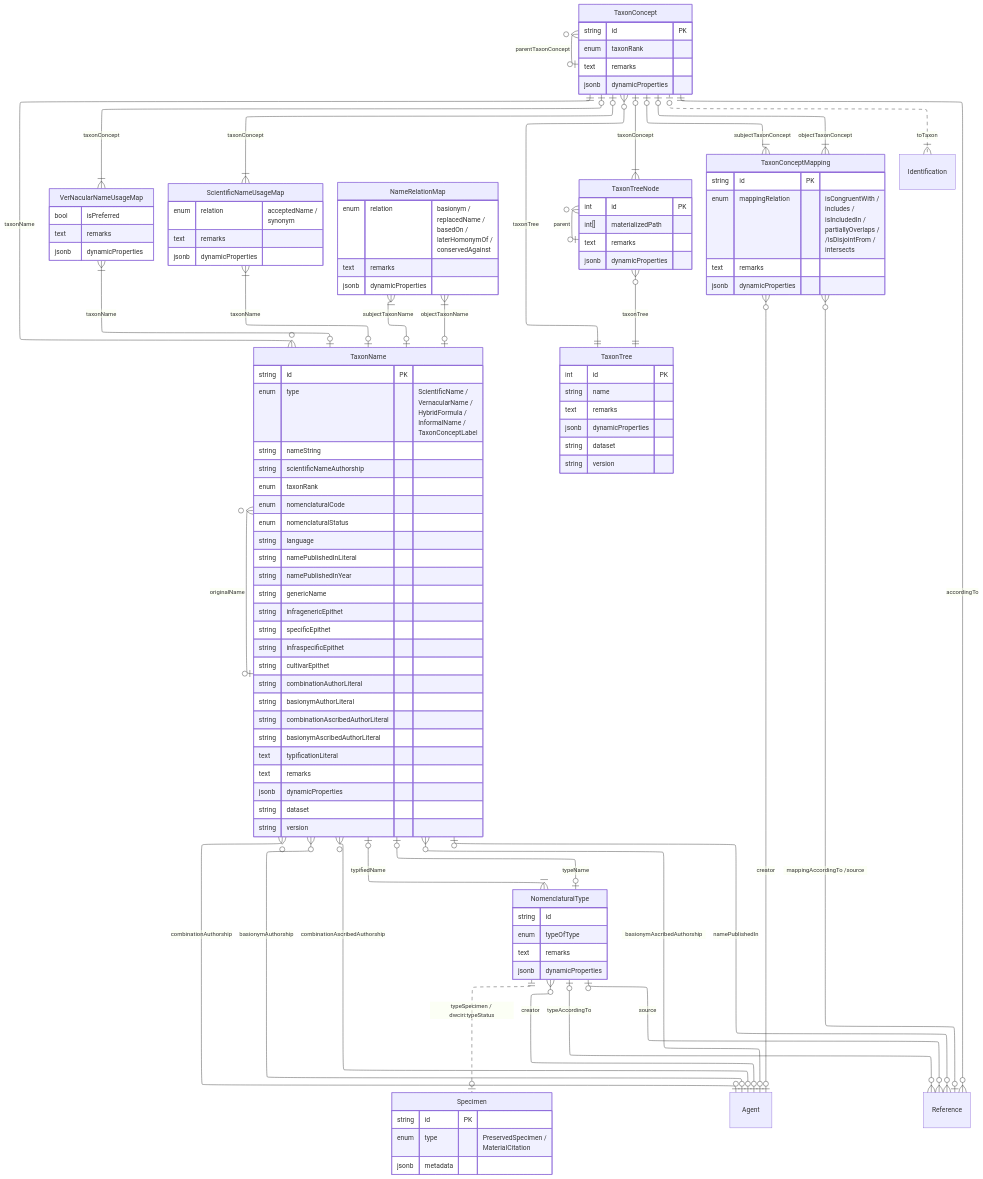
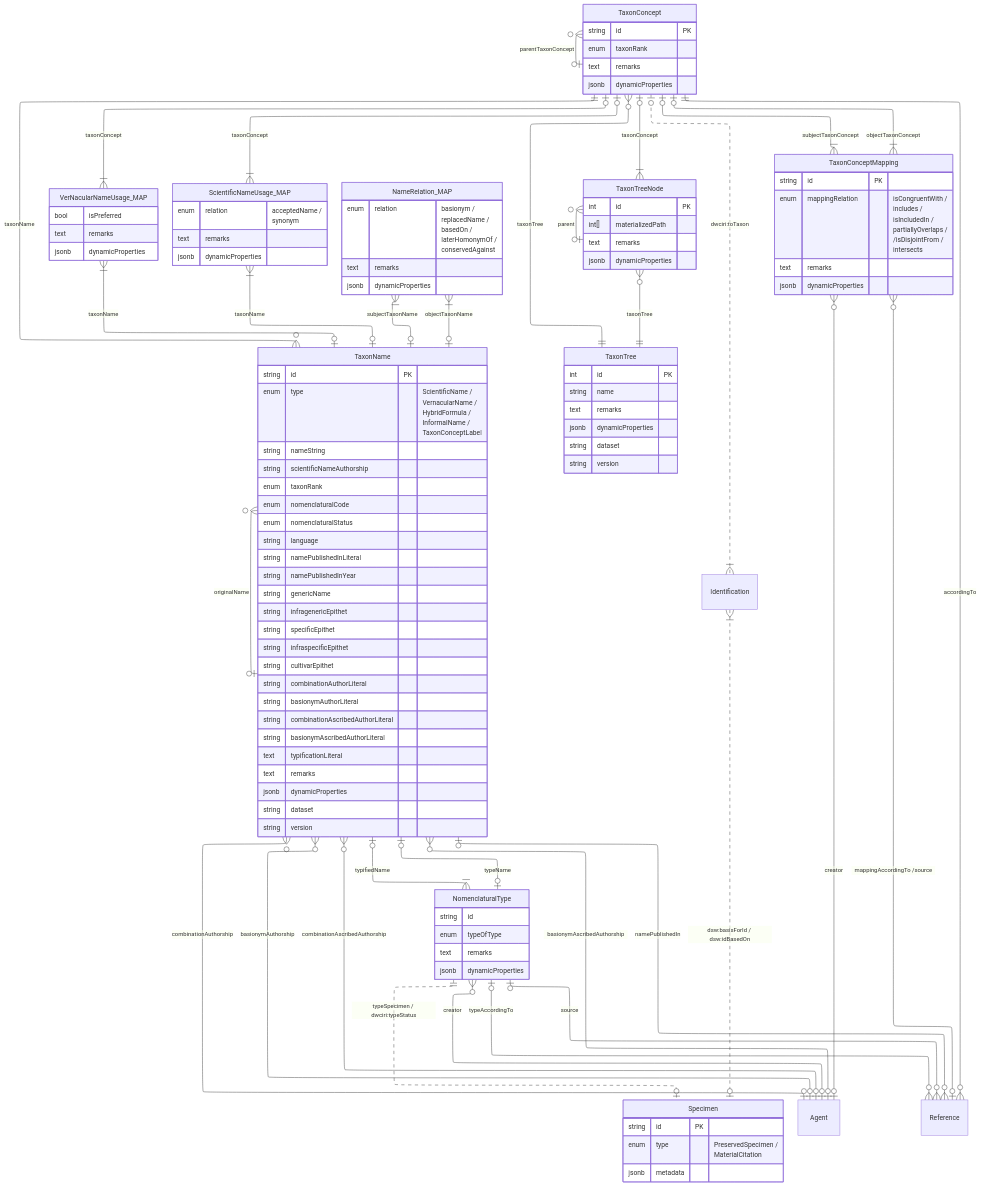
One commit to vicflora/vicflora-docs changed the diagram in source/_mermaid/tcs-dp.mmd. Above: the diagram before and after it, drawn with Mermaid.

Commit message:
Commit uncommitted  changes before deployment

```diff
--- a/source/_mermaid/tcs-dp.mmd
+++ b/source/_mermaid/tcs-dp.mmd
@@ -1,127 +1,129 @@
 ---
 config:
     layout: elk
 ---
 erDiagram
     TaxonConcept }o--o| TaxonConcept : "parentTaxonConcept"
     TaxonConcept ||--o{ TaxonName : "taxonName"
-    TaxonConcept |o--|{ VerNacularNameUsageMap : "taxonConcept"
-    VerNacularNameUsageMap }|--o| TaxonName : "taxonName"
-    TaxonConcept |o--|{ ScientificNameUsageMap : "taxonConcept"
-    ScientificNameUsageMap }|--o| TaxonName : "taxonName"
+    TaxonConcept |o--|{ VerNacularNameUsage_MAP : "taxonConcept"
+    VerNacularNameUsage_MAP }|--o| TaxonName : "taxonName"
+    TaxonConcept |o--|{ ScientificNameUsage_MAP : "taxonConcept"
+    ScientificNameUsage_MAP }|--o| TaxonName : "taxonName"
     TaxonName }o--o| TaxonName : "originalName"
-    TaxonName |o--|{ NameRelationMap : "subjectTaxonName"
-    NameRelationMap }|--o| TaxonName : "objectTaxonName"
+    TaxonName |o--|{ NameRelation_MAP : "subjectTaxonName"
+    NameRelation_MAP }|--o| TaxonName : "objectTaxonName"
     TaxonConcept }o--|| TaxonTree : "taxonTree"
     TaxonConcept |o--|{ TaxonTreeNode : "taxonConcept"
     TaxonTreeNode }o--o| TaxonTreeNode : "parent"
     TaxonTreeNode }o--|| TaxonTree : "taxonTree" 
     TaxonName |o--|{ NomenclaturalType : "typifiedName"
     NomenclaturalType |o--o| TaxonName : "typeName"
     NomenclaturalType ||..o| Specimen : "typeSpecimen / dwciri:typeStatus"
     TaxonConcept |o--|{ TaxonConceptMapping : subjectTaxonConcept
     TaxonConceptMapping }|--o| TaxonConcept : objectTaxonConcept
 
-    TaxonConcept |o..|{ Identification : "toTaxon"
+    TaxonConcept |o..|{ Identification : "dwciri:toTaxon"
 
     TaxonName }o--o| Agent : combinationAuthorship
     TaxonName }o--o| Agent : basionymAuthorship
     TaxonName }o--o| Agent : combinationAscribedAuthorship
     TaxonName }o--o| Agent : basionymAscribedAuthorship
 
     TaxonConcept ||--o{ Reference : accordingTo
     TaxonConceptMapping }o--o| Reference : "mappingAccordingTo /source"
     TaxonName |o--o{ Reference : namePublishedIn
     NomenclaturalType |o--o{ Reference : typeAccordingTo
     NomenclaturalType |o--o{ Reference : source
 
     TaxonConceptMapping }o--o| Agent : creator
     NomenclaturalType }o--o| Agent : creator
+
+    Identification }|..o| Specimen : "dsw:basisForId / dsw:idBasedOn"
 
     TaxonConcept {
         string id PK
         enum taxonRank
         text remarks
         jsonb dynamicProperties
     }
 
     TaxonName {
         string id PK
         enum type "ScientificName /<br>VernacularName /<br>HybridFormula /<br>InformalName /<br>TaxonConceptLabel"
         string nameString
         string scientificNameAuthorship
         enum taxonRank
         enum nomenclaturalCode
         enum nomenclaturalStatus
         string language
         string namePublishedInLiteral
         string namePublishedInYear
         string genericName
         string infragenericEpithet
         string specificEpithet
         string infraspecificEpithet
         string cultivarEpithet
         string combinationAuthorLiteral
         string basionymAuthorLiteral
         string combinationAscribedAuthorLiteral
         string basionymAscribedAuthorLiteral
         text typificationLiteral
         text remarks
         jsonb dynamicProperties
         string dataset
         string version
     }
 
-    ScientificNameUsageMap {
+    ScientificNameUsage_MAP {
         enum relation "acceptedName /<br>synonym"
         text remarks
         jsonb dynamicProperties
     }
 
-    NameRelationMap {
+    NameRelation_MAP {
         enum relation "basionym /<br>replacedName /<br>basedOn /<br>laterHomonymOf /<br>conservedAgainst"
         text remarks
         jsonb dynamicProperties
     }
 
     TaxonTreeNode {
         int id PK
         int[] materializedPath
         text remarks
         jsonb dynamicProperties
     }
 
     TaxonTree {
         int id PK
         string name
         text remarks
         jsonb dynamicProperties
         string dataset
         string version
     }
 
     TaxonConceptMapping {
         string id PK
         enum mappingRelation "isCongruentWith /<br>includes /<br>isIncludedIn /<br>partiallyOverlaps /<br>/isDisjointFrom /<br>intersects"
         text remarks
         jsonb dynamicProperties
     }
 
     NomenclaturalType {
         string id
         enum typeOfType
         text remarks
         jsonb dynamicProperties
     }
 
-    VerNacularNameUsageMap {
+    VerNacularNameUsage_MAP {
         bool isPreferred
         text remarks
         jsonb dynamicProperties
     }
 
     Specimen {
         string id PK
         enum type "PreservedSpecimen /<br>MaterialCitation"
         jsonb metadata
     }
```
